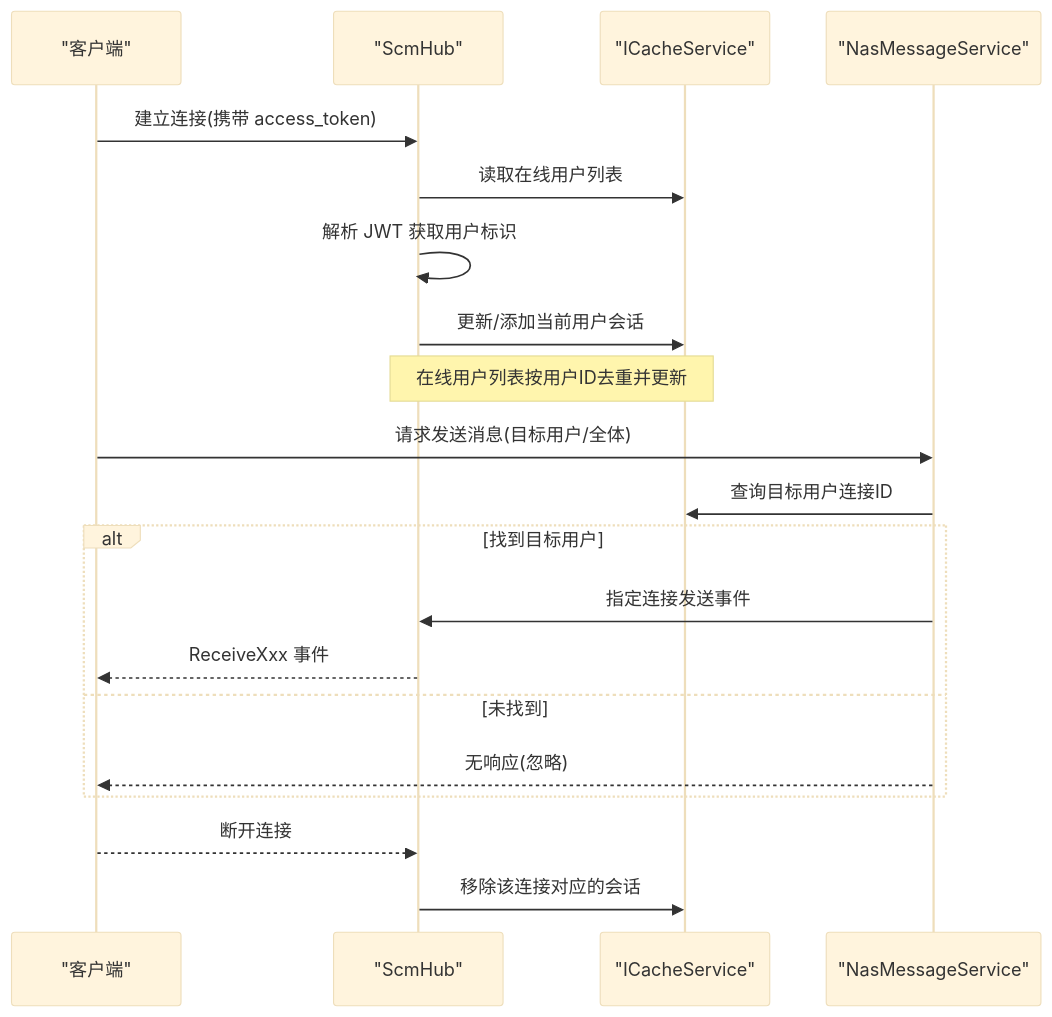
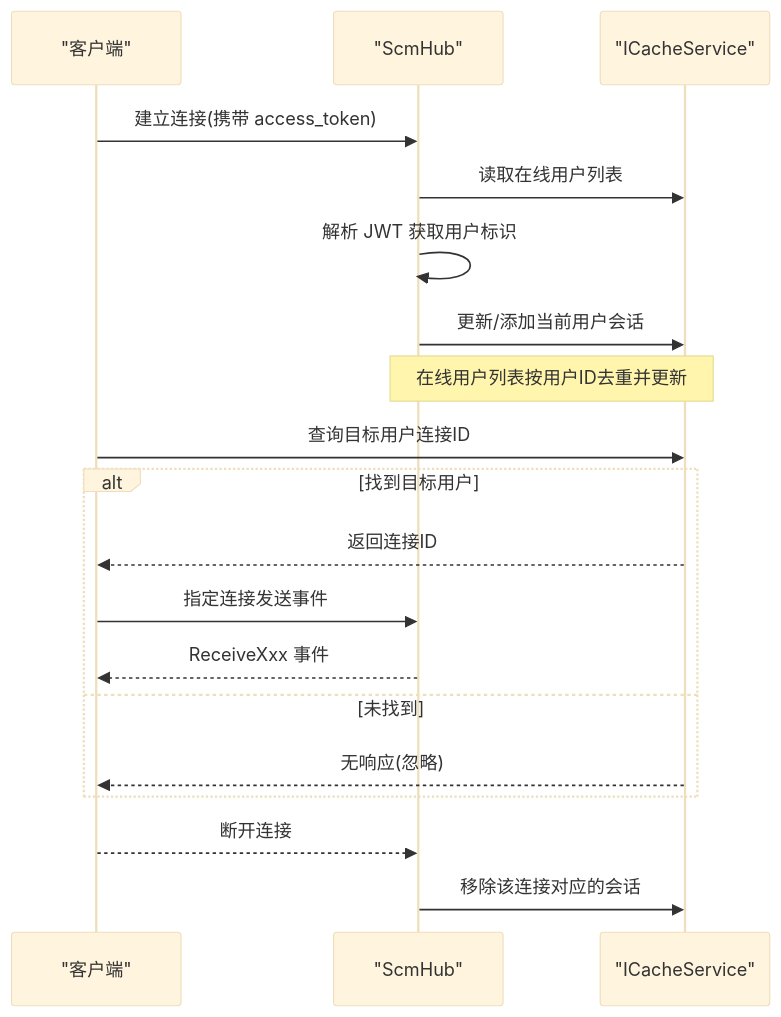
Before and after one commit to leadiot/Scm.Net: the second of 7 diagrams in .qoder/repowiki/zh/content/实时通信系统/实时通信系统.md, drawn with Mermaid (base theme). The commit also changed other lines of this file and 17 other files, not shown here.

````diff
--- a/.qoder/repowiki/zh/content/实时通信系统/实时通信系统.md
+++ b/.qoder/repowiki/zh/content/实时通信系统/实时通信系统.md
@@ -108,22 +97,21 @@
 ```mermaid
 sequenceDiagram
 participant Client as "客户端"
 participant Hub as "ScmHub"
 participant Cache as "ICacheService"
-participant Bus as "NasMessageService"
 Client->>Hub : 建立连接(携带 access_token)
 Hub->>Cache : 读取在线用户列表
 Hub->>Hub : 解析 JWT 获取用户标识
 Hub->>Cache : 更新/添加当前用户会话
 Note over Hub,Cache : 在线用户列表按用户ID去重并更新
-Client->>Bus : 请求发送消息(目标用户/全体)
-Bus->>Cache : 查询目标用户连接ID
+Client->>Cache : 查询目标用户连接ID
 alt 找到目标用户
-Bus->>Hub : 指定连接发送事件
+Cache-->>Client : 返回连接ID
+Client->>Hub : 指定连接发送事件
 Hub-->>Client : ReceiveXxx 事件
 else 未找到
-Bus-->>Client : 无响应(忽略)
+Cache-->>Client : 无响应(忽略)
 end
 Client-->>Hub : 断开连接
 Hub->>Cache : 移除该连接对应的会话
 ```
````
